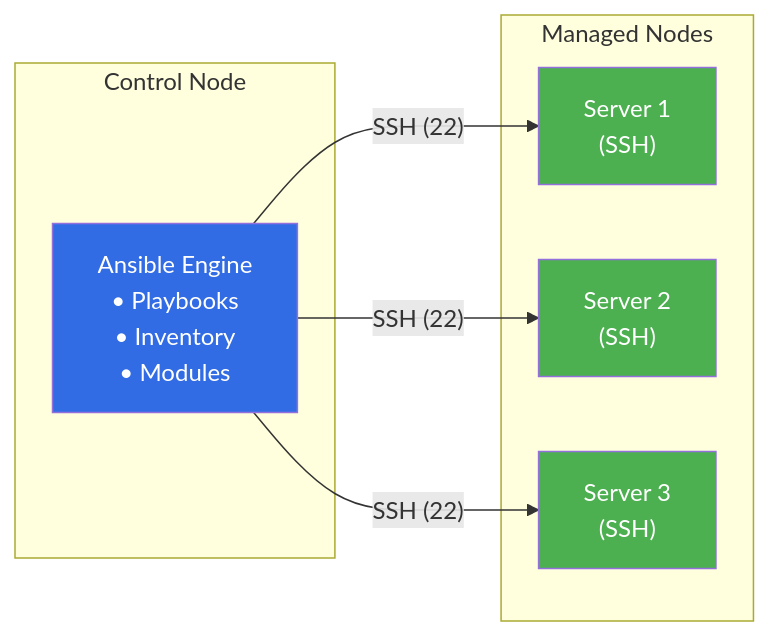
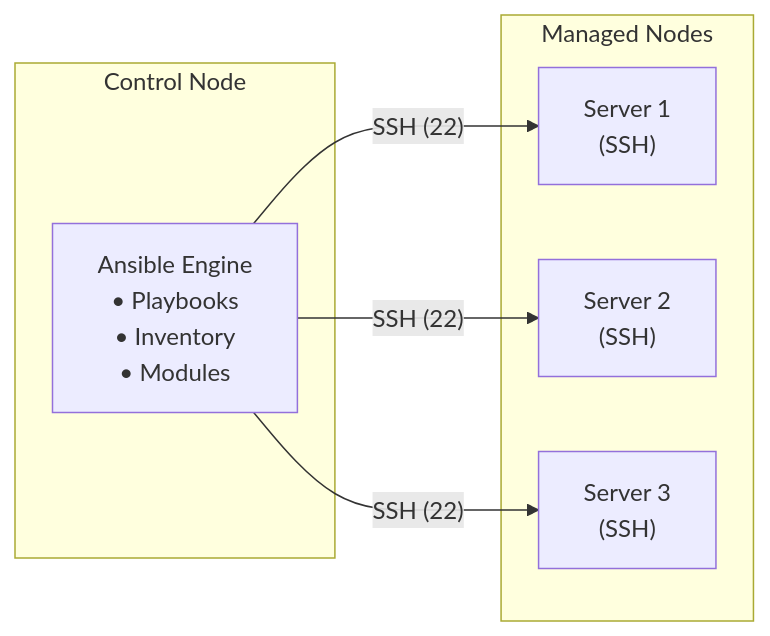
One commit to juwon8891/juwon8891.github.io changed the first of 7 diagrams in docs/k8s-deploy/week2-ansible-basics.md. Above: the diagram before and after it, drawn with Mermaid. The commit also changed other lines of this file and 18 other files, not shown here.

Commit message:
Remove bright colors from Mermaid diagrams for dark mode compatibility

````diff
--- a/docs/k8s-deploy/week2-ansible-basics.md
+++ b/docs/k8s-deploy/week2-ansible-basics.md
@@ -30,21 +30,17 @@
 ```mermaid
 graph LR
     subgraph Control["Control Node"]
         Ansible["Ansible Engine<br/>• Playbooks<br/>• Inventory<br/>• Modules"]
     end
 
     subgraph Managed["Managed Nodes"]
         Node1["Server 1<br/>(SSH)"]
         Node2["Server 2<br/>(SSH)"]
         Node3["Server 3<br/>(SSH)"]
     end
 
     Ansible -->|"SSH (22)"| Node1
     Ansible -->|"SSH (22)"| Node2
     Ansible -->|"SSH (22)"| Node3
 
-    style Ansible fill:#326CE5,color:#fff
-    style Node1 fill:#4CAF50,color:#fff
-    style Node2 fill:#4CAF50,color:#fff
-    style Node3 fill:#4CAF50,color:#fff
 ```
````
